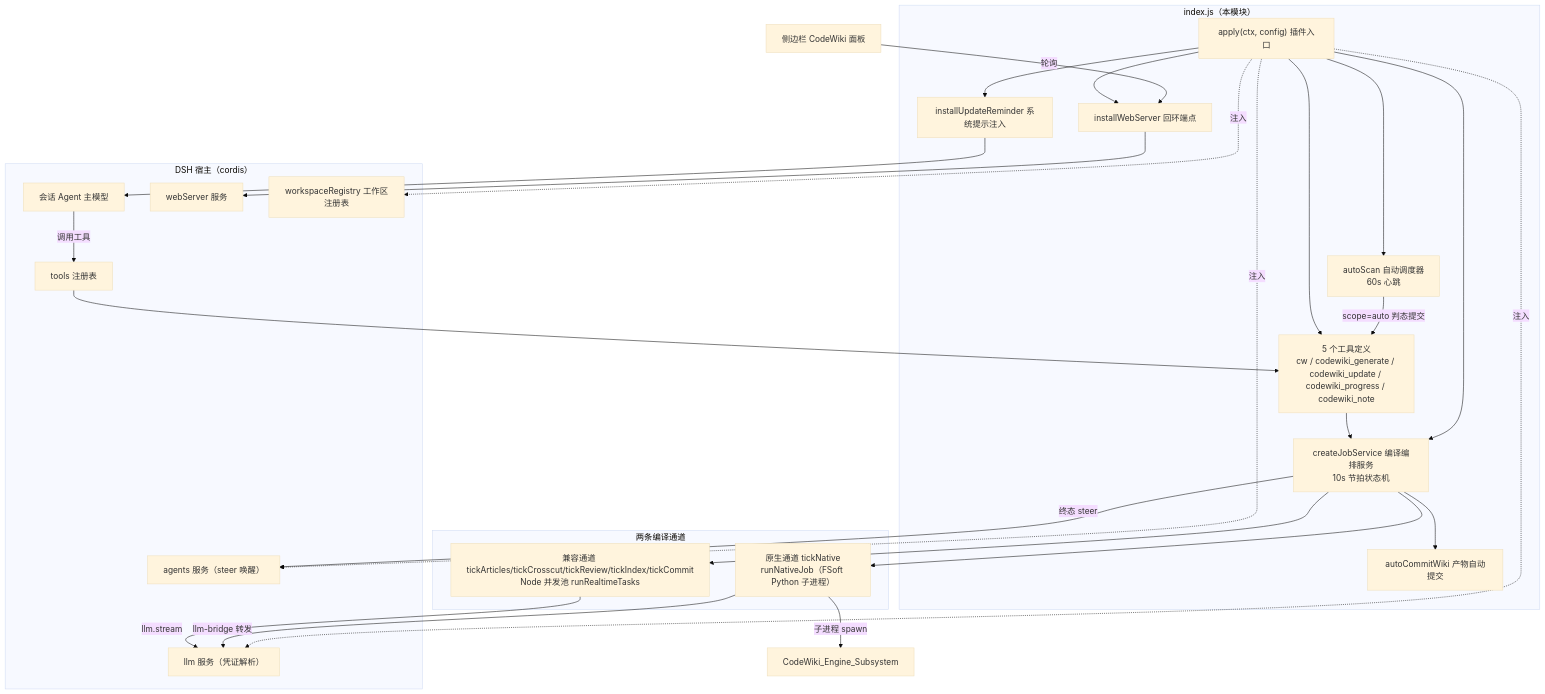
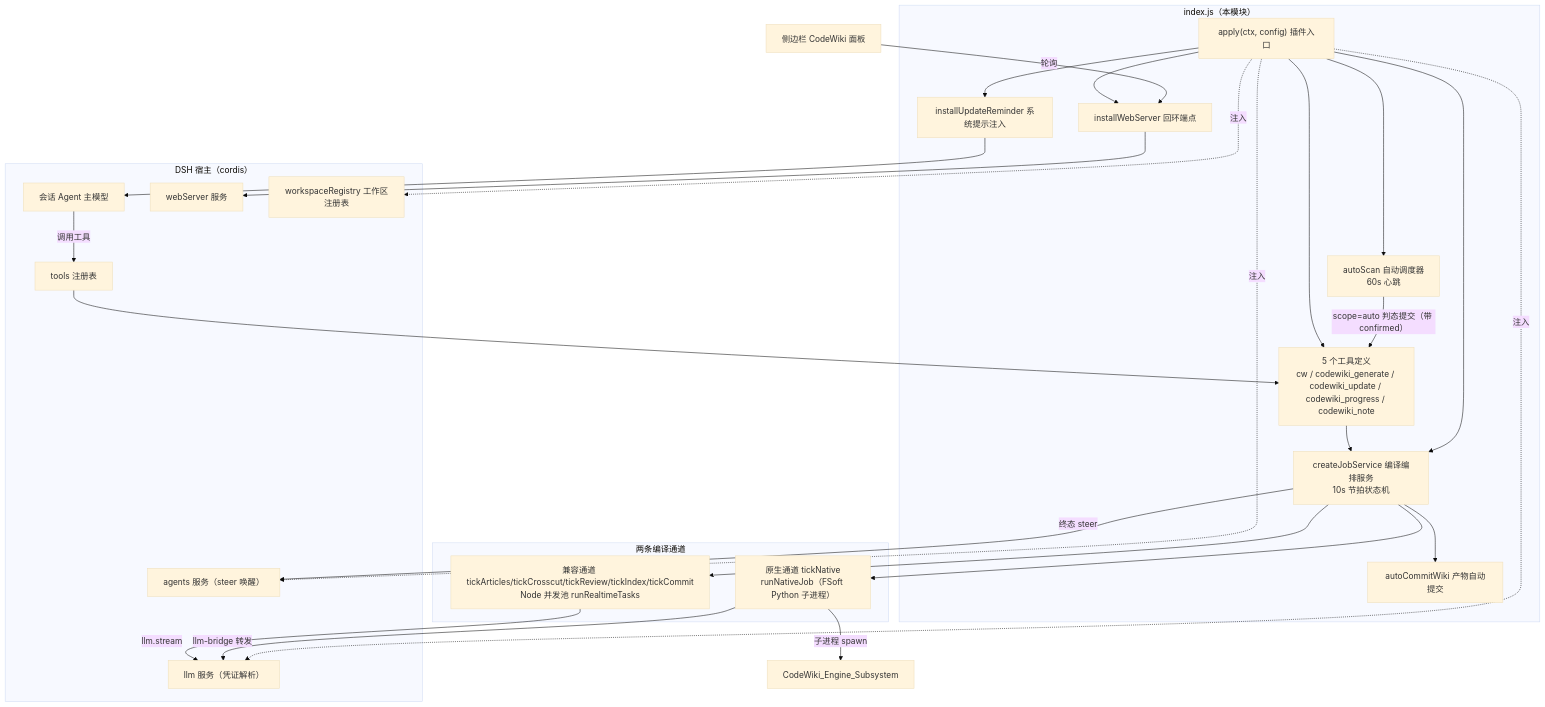
Before and after one commit to ikliml666/dsh-codewiki: the first of 4 diagrams in .codewiki/_native-state/docs/Core_Application_Runtime_Entry.md, drawn with Mermaid (base theme). The commit also changed other lines of this file and 16 other files, not shown here.

````diff
--- a/.codewiki/_native-state/docs/Core_Application_Runtime_Entry.md
+++ b/.codewiki/_native-state/docs/Core_Application_Runtime_Entry.md
@@ -15,51 +15,51 @@
 ```mermaid
 flowchart TB
     subgraph Host["DSH 宿主（cordis）"]
         AGENT["会话 Agent 主模型"]
         TOOLS_REG["tools 注册表"]
         WEB["webServer 服务"]
         LLMSVC["llm 服务（凭证解析）"]
         AGENTSVC["agents 服务（steer 唤醒）"]
         WREG["workspaceRegistry 工作区注册表"]
     end
 
     subgraph PLUGIN["index.js（本模块）"]
         APPLY["apply(ctx, config) 插件入口"]
         TOOLS["5 个工具定义<br/>cw / codewiki_generate / codewiki_update / codewiki_progress / codewiki_note"]
         SVC["createJobService 编译编排服务<br/>10s 节拍状态机"]
         API["installWebServer 回环端点"]
         SCHED["autoScan 自动调度器<br/>60s 心跳"]
         REMIND["installUpdateReminder 系统提示注入"]
         COMMIT["autoCommitWiki 产物自动提交"]
     end
 
     subgraph CHANNELS["两条编译通道"]
         NATIVE["原生通道 tickNative<br/>runNativeJob（FSoft Python 子进程）"]
         LEGACY["兼容通道 tickArticles/tickCrosscut/tickReview/tickIndex/tickCommit<br/>Node 并发池 runRealtimeTasks"]
     end
 
     PANEL["侧边栏 CodeWiki 面板"]
 
     AGENT -->|调用工具| TOOLS_REG
     TOOLS_REG --> TOOLS
     TOOLS --> SVC
     APPLY --> TOOLS
     APPLY --> SVC
     APPLY --> API
     APPLY --> SCHED
     APPLY --> REMIND
     API --> WEB
     PANEL -->|轮询| API
     SVC --> NATIVE
     SVC --> LEGACY
     NATIVE -->|子进程 spawn| ENGINE["CodeWiki_Engine_Subsystem"]
     LEGACY -->|llm.stream| LLMSVC
     NATIVE -->|llm-bridge 转发| LLMSVC
     SVC --> COMMIT
     SVC -->|终态 steer| AGENTSVC
     REMIND --> AGENT
-    SCHED -->|scope=auto 判态提交| TOOLS
+    SCHED -->|scope=auto 判态提交（带 confirmed）| TOOLS
     APPLY -.注入.-> LLMSVC
     APPLY -.注入.-> AGENTSVC
     APPLY -.注入.-> WREG
 ```
````
